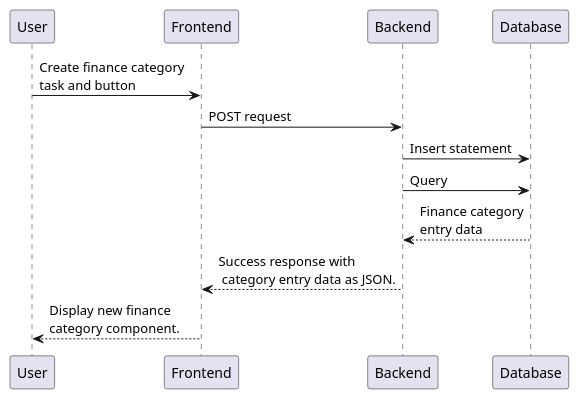
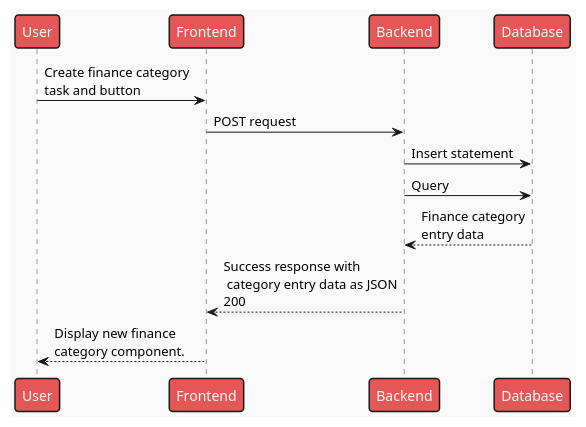
One commit to Toby-Rea/planner changed the eighth of 18 diagrams in docs/Sequences.puml. Above: the diagram before and after it, drawn with PlantUML. The commit also changed other lines of this file and 18 other files, not shown here.

Commit message:
added 404 responses to appropriate sequences and added mars theme to diagrams

```diff
--- a/docs/Sequences.puml
+++ b/docs/Sequences.puml
@@ -96,14 +127,15 @@
 @startuml Create new finance category
+!theme mars
 participant User as u
 participant Frontend as fe
 participant Backend as be
 participant Database as db
 
 u -> fe: Create finance category\ntask and button
 fe -> be: POST request
 be -> db: Insert statement
 be -> db: Query
 be <-- db: Finance category\nentry data
-fe <-- be: Success response with\n category entry data as JSON.
+fe <-- be: Success response with\n category entry data as JSON\n200
 u <-- fe: Display new finance\ncategory component.
 @enduml
```
